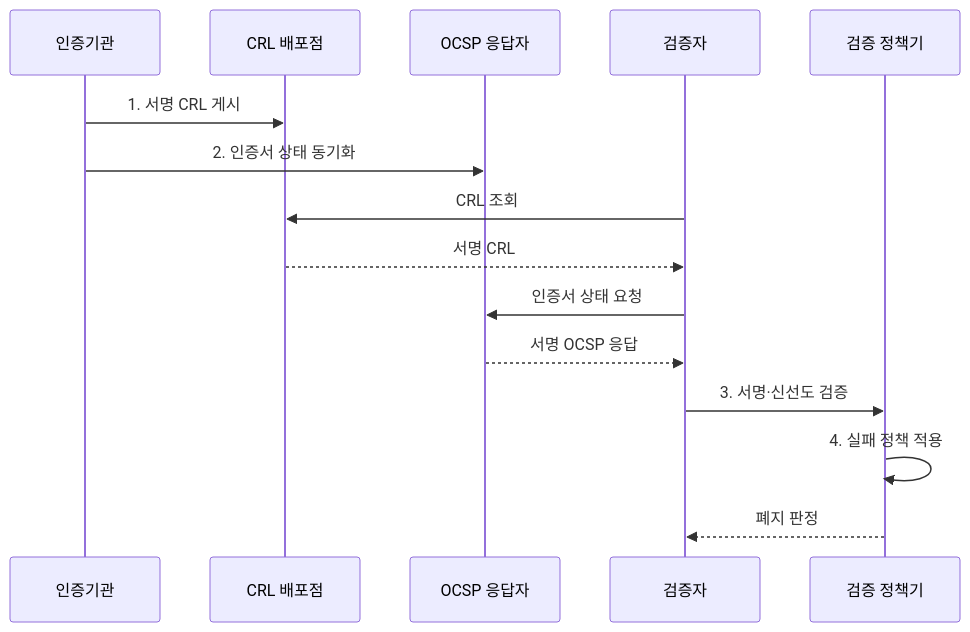
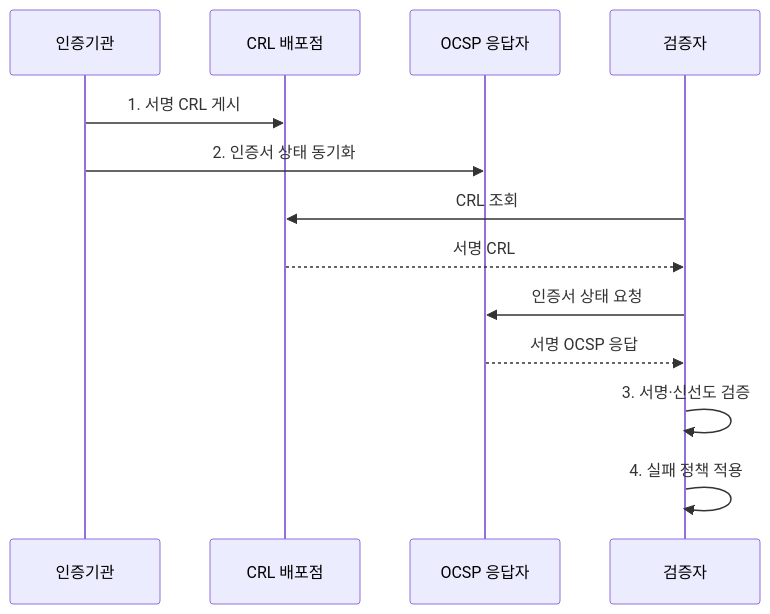
One commit to agnusdei1207/knowledge-base changed the second of 2 diagrams in src/content/docs/notes/05-security/010_crl_ocsp_certificate_revocation.md. Above: the diagram before and after it, drawn with Mermaid. The commit also changed 9 other files, not shown here.

Commit message:
Focus cryptography sequence actors

````diff
--- a/src/content/docs/notes/05-security/010_crl_ocsp_certificate_revocation.md
+++ b/src/content/docs/notes/05-security/010_crl_ocsp_certificate_revocation.md
@@ -104,17 +104,15 @@
 ```mermaid
 sequenceDiagram
     participant C as 인증기관
     participant L as CRL 배포점
     participant O as OCSP 응답자
     participant V as 검증자
-    participant P as 검증 정책기
     C->>L: 1. 서명 CRL 게시
     C->>O: 2. 인증서 상태 동기화
     V->>L: CRL 조회
     L-->>V: 서명 CRL
     V->>O: 인증서 상태 요청
     O-->>V: 서명 OCSP 응답
-    V->>P: 3. 서명·신선도 검증
-    P->>P: 4. 실패 정책 적용
-    P-->>V: 폐지 판정
+    V->>V: 3. 서명·신선도 검증
+    V->>V: 4. 실패 정책 적용
 ```
````
